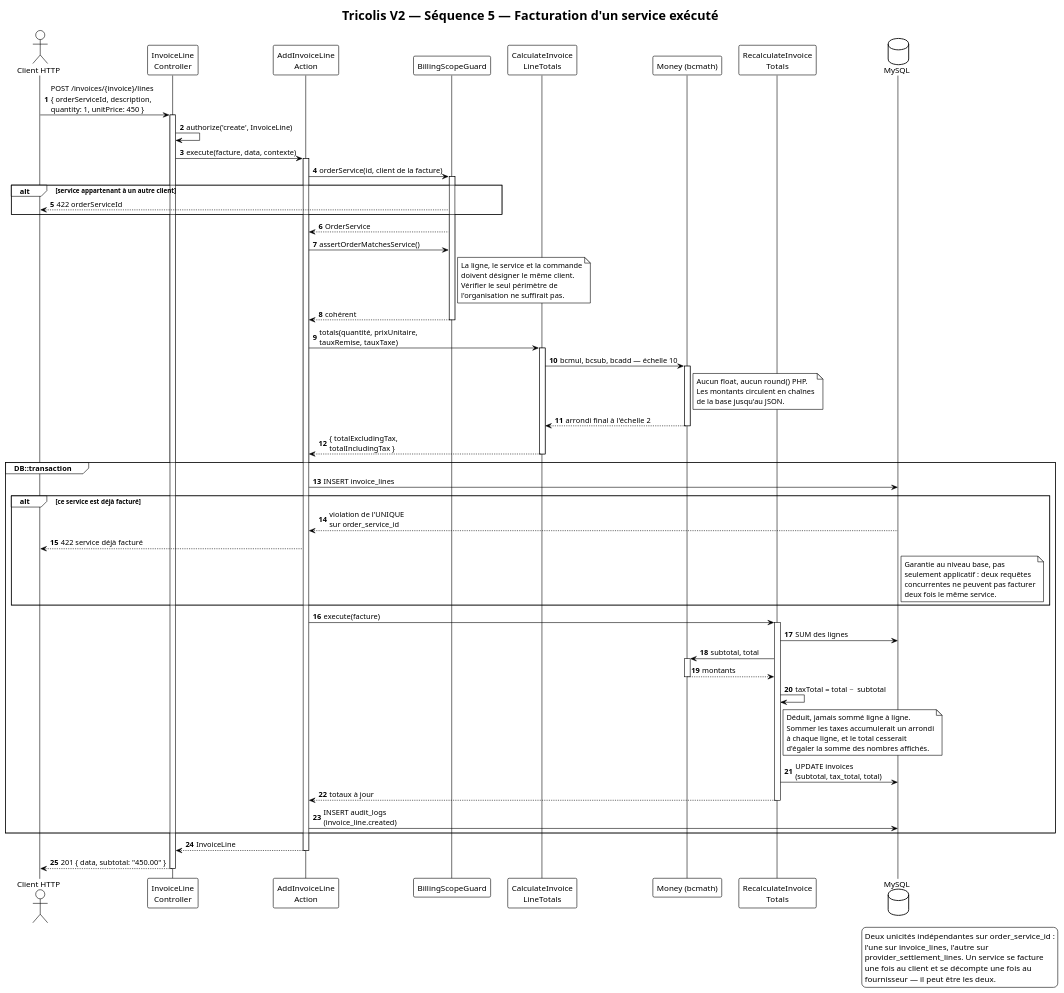
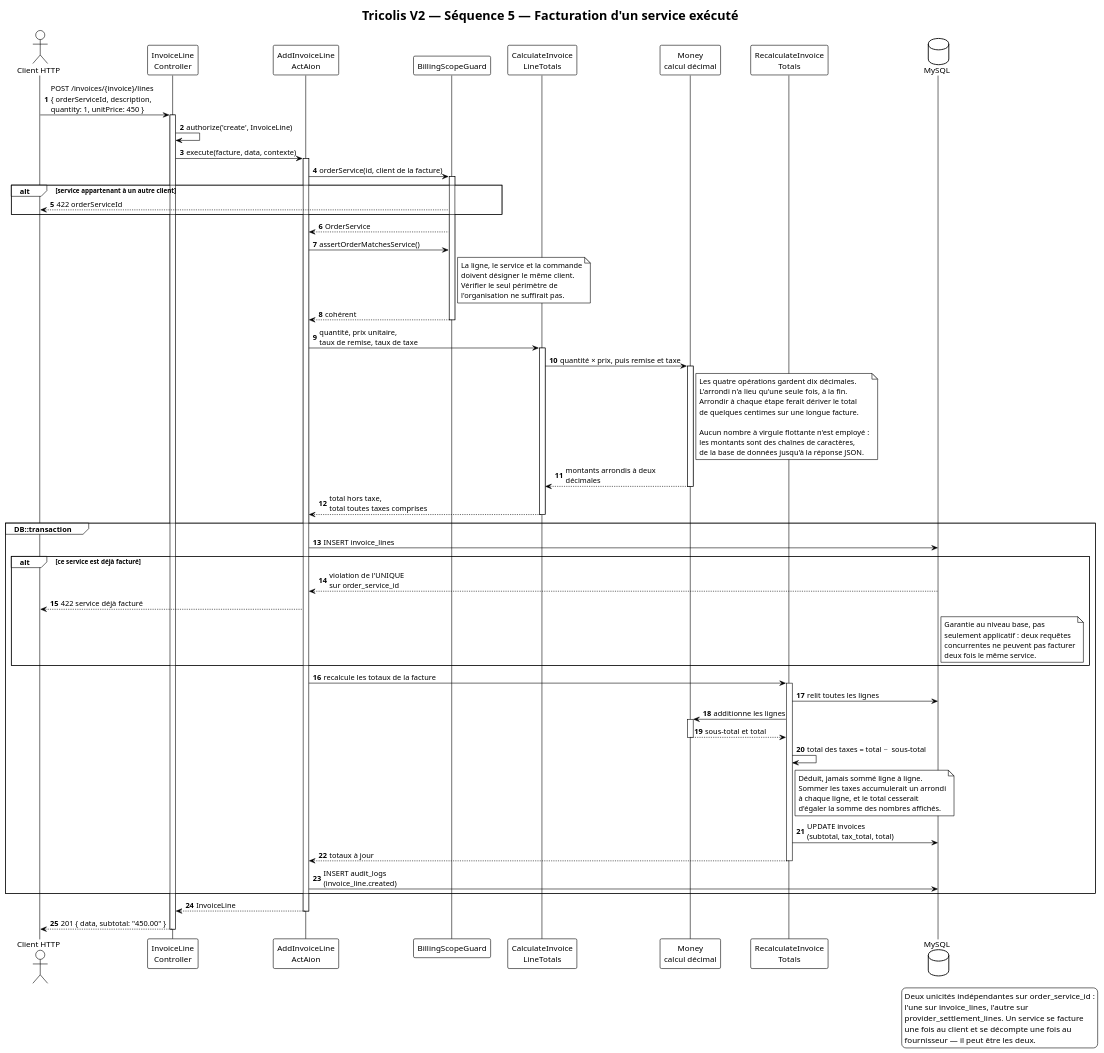
One commit to bouaichiDev/TricolisWeb changed the diagram in Conception/diagramme/sequence-5-facturation-service.puml. Above: the diagram before and after it, drawn with PlantUML. The commit also changed 1 other file, not shown here.

Commit message:
docs: sequence 5 — rendre l'etape de calcul lisible
L'etape 10 disait « bcmul, bcsub, bcadd — echelle 10 » : trois noms de
fonctions PHP et un terme technique. Pire, PlantUML coupait la ligne
juste avant le « 10 », qui se retrouvait sous le numero d'etape 10 — on
croyait lire deux fois le meme nombre.

Elle dit maintenant ce qu'elle fait :

  quantite x prix, puis remise et taxe
  -> montants arrondis a deux decimales

et la note explique le pourquoi, verifie dans Money.php et
CalculateInvoiceLineTotals.php : les quatre operations gardent dix
decimales, l'arrondi n'a lieu qu'une fois, a la fin. Arrondir a chaque
etape ferait deriver le total de quelques centimes sur une longue
facture.

Autres messages traduits dans le meme mouvement :

  execute(facture)     ->  recalcule les totaux de la facture
  SUM des lignes       ->  relit toutes les lignes
  subtotal, total      ->  additionne les lignes
  taxTotal = …         ->  total des taxes = total - sous-total
  Money (bcmath)       ->  Money / calcul decimal

Applique aussi a la version Mermaid.

```diff
--- a/Conception/diagramme/sequence-5-facturation-service.puml
+++ b/Conception/diagramme/sequence-5-facturation-service.puml
@@ -1,107 +1,112 @@
 @startuml
 !theme plain
 skinparam shadowing false
 skinparam sequenceMessageAlign left
 skinparam responseMessageBelowArrow true
 skinparam maxMessageSize 220
 
 title Tricolis V2 — Séquence 5 — Facturation d'un service exécuté
 
 actor "Client HTTP" as U
 participant "InvoiceLine\nController" as C
-participant "AddInvoiceLine\nAction" as A
+participant "AddInvoiceLine\nActAion" as A
 participant "BillingScopeGuard" as G
 participant "CalculateInvoice\nLineTotals" as CA
-participant "Money (bcmath)" as M
+participant "Money\ncalcul décimal" as M
 participant "RecalculateInvoice\nTotals" as T
 database "MySQL" as DB
 
 autonumber
 
 U -> C : POST /invoices/{invoice}/lines\n{ orderServiceId, description,\nquantity: 1, unitPrice: 450 }
 activate C
 
 C -> C : authorize('create', InvoiceLine)
 C -> A : execute(facture, data, contexte)
 activate A
 
 A -> G : orderService(id, client de la facture)
 activate G
 alt service appartenant à un autre client
   G --> U : 422 orderServiceId
 end
 G --> A : OrderService
 A -> G : assertOrderMatchesService()
 note right of G
   La ligne, le service et la commande
   doivent désigner le même client.
   Vérifier le seul périmètre de
   l'organisation ne suffirait pas.
 end note
 G --> A : cohérent
 deactivate G
 
-A -> CA : totals(quantité, prixUnitaire,\ntauxRemise, tauxTaxe)
+A -> CA : quantité, prix unitaire,\ntaux de remise, taux de taxe
 activate CA
-CA -> M : bcmul, bcsub, bcadd — échelle 10
+CA -> M : quantité × prix, puis remise et taxe
 activate M
 note right of M
-  Aucun float, aucun round() PHP.
-  Les montants circulent en chaînes
-  de la base jusqu'au JSON.
+  Les quatre opérations gardent dix décimales.
+  L'arrondi n'a lieu qu'une seule fois, à la fin.
+  Arrondir à chaque étape ferait dériver le total
+  de quelques centimes sur une longue facture.
+
+  Aucun nombre à virgule flottante n'est employé :
+  les montants sont des chaînes de caractères,
+  de la base de données jusqu'à la réponse JSON.
 end note
-M --> CA : arrondi final à l'échelle 2
+M --> CA : montants arrondis à deux décimales
 deactivate M
-CA --> A : { totalExcludingTax,\ntotalIncludingTax }
+CA --> A : total hors taxe,\ntotal toutes taxes comprises
 deactivate CA
 
 group DB::transaction
 
   A -> DB : INSERT invoice_lines
   alt ce service est déjà facturé
     DB --> A : violation de l'UNIQUE\nsur order_service_id
     A --> U : 422 service déjà facturé
     note right of DB
       Garantie au niveau base, pas
       seulement applicatif : deux requêtes
       concurrentes ne peuvent pas facturer
       deux fois le même service.
     end note
   end
 
-  A -> T : execute(facture)
+  A -> T : recalcule les totaux de la facture
   activate T
-  T -> DB : SUM des lignes
-  T -> M : subtotal, total
+  T -> DB : relit toutes les lignes
+  T -> M : additionne les lignes
   activate M
-  M --> T : montants
+  M --> T : sous-total et total
   deactivate M
-  T -> T : taxTotal = total − subtotal
+  T -> T : total des taxes = total − sous-total
   note right of T
     Déduit, jamais sommé ligne à ligne.
     Sommer les taxes accumulerait un arrondi
     à chaque ligne, et le total cesserait
     d'égaler la somme des nombres affichés.
   end note
   T -> DB : UPDATE invoices\n(subtotal, tax_total, total)
   T --> A : totaux à jour
   deactivate T
 
   A -> DB : INSERT audit_logs\n(invoice_line.created)
 
 end
 
 A --> C : InvoiceLine
 deactivate A
 C --> U : 201 { data, subtotal: "450.00" }
 deactivate C
 
 legend right
   Deux unicités indépendantes sur order_service_id :
   l'une sur invoice_lines, l'autre sur
   provider_settlement_lines. Un service se facture
   une fois au client et se décompte une fois au
   fournisseur — il peut être les deux.
 end legend
 
 @enduml
```
